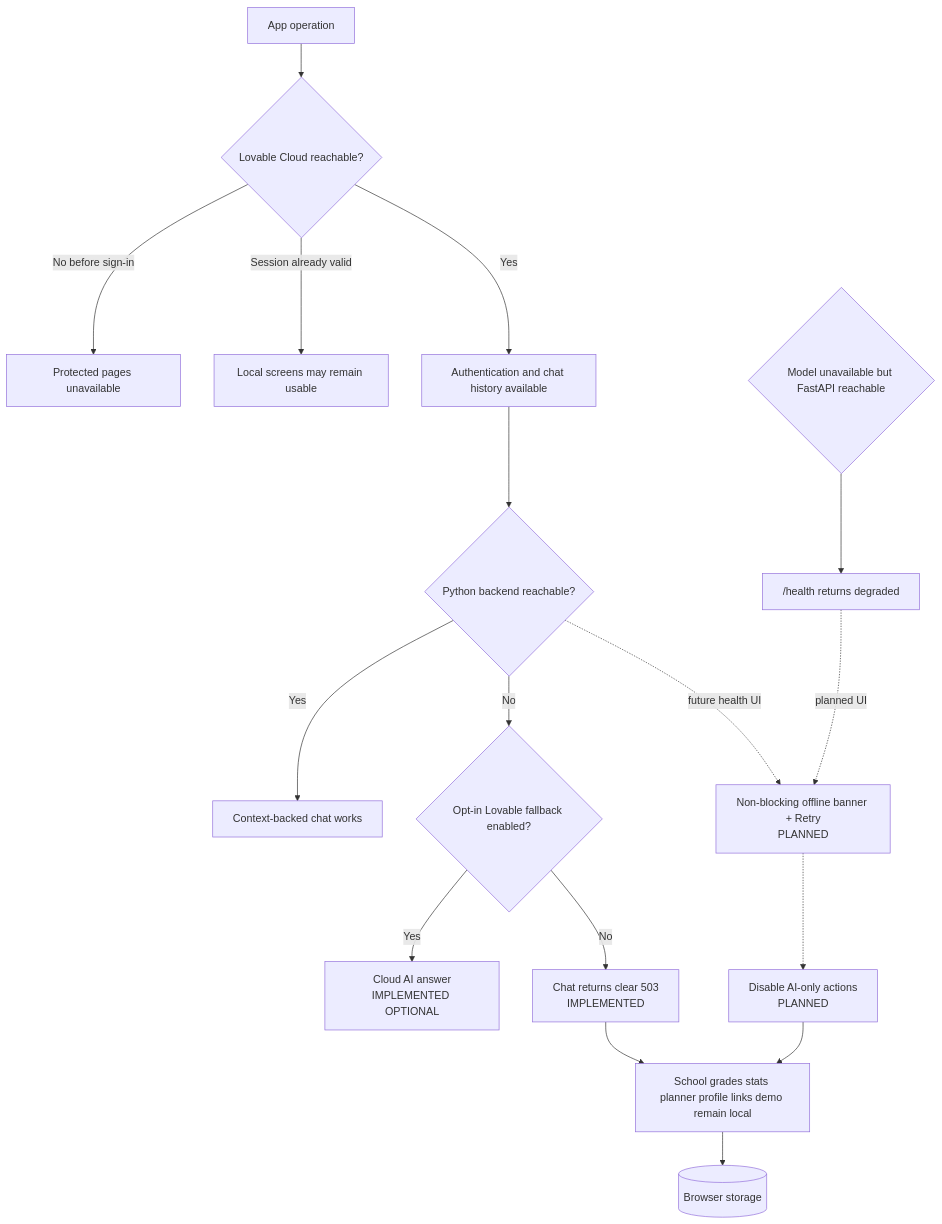
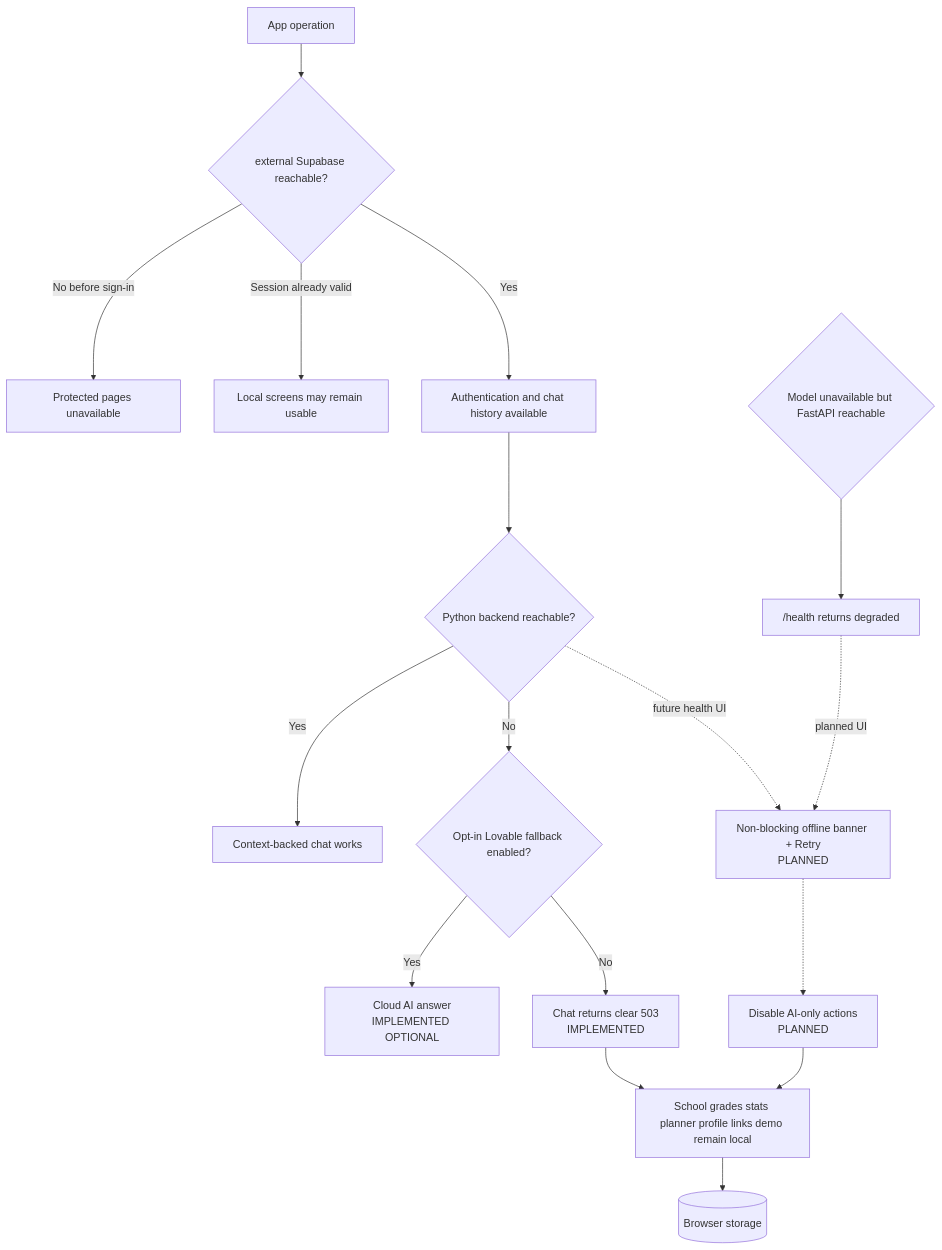
The diagram in docs/wireframes/15-offline-fallback.mmd (keyshavmor/study-swiss-star), drawn with Mermaid before and after one commit. The commit also changed 13 other files, not shown here.

```diff
--- a/docs/wireframes/15-offline-fallback.mmd
+++ b/docs/wireframes/15-offline-fallback.mmd
@@ -1,17 +1,17 @@
 flowchart TD
-  Start[App operation] --> Cloud{Lovable Cloud reachable?}
+  Start[App operation] --> Cloud{external Supabase reachable?}
   Cloud -->|No before sign-in| AuthBlocked[Protected pages unavailable]
   Cloud -->|Session already valid| LocalScreens[Local screens may remain usable]
   Cloud -->|Yes| Gate[Authentication and chat history available]
   Gate --> Python{Python backend reachable?}
   Python -->|Yes| AI[Context-backed chat works]
   Python -->|No| Fallback{Opt-in Lovable fallback enabled?}
   Fallback -->|Yes| Gateway[Cloud AI answer\nIMPLEMENTED OPTIONAL]
   Fallback -->|No| Error[Chat returns clear 503\nIMPLEMENTED]
   Python -. future health UI .-> Banner[Non-blocking offline banner + Retry\nPLANNED]
   Banner -.-> Disable[Disable AI-only actions\nPLANNED]
   Error --> Continue[School grades stats planner profile links demo remain local]
   Disable --> Continue
   Continue --> Store[(Browser storage)]
   ModelDown{Model unavailable but FastAPI reachable} --> Degraded["/health returns degraded"]
   Degraded -. planned UI .-> Banner
```
